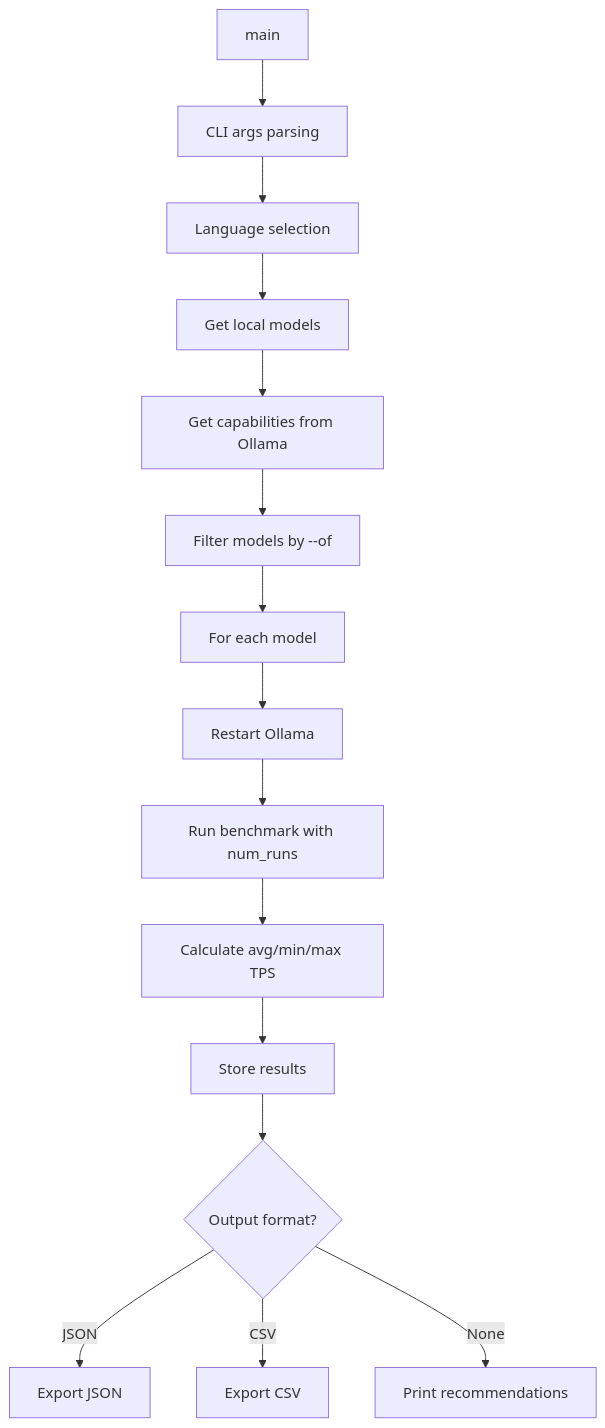
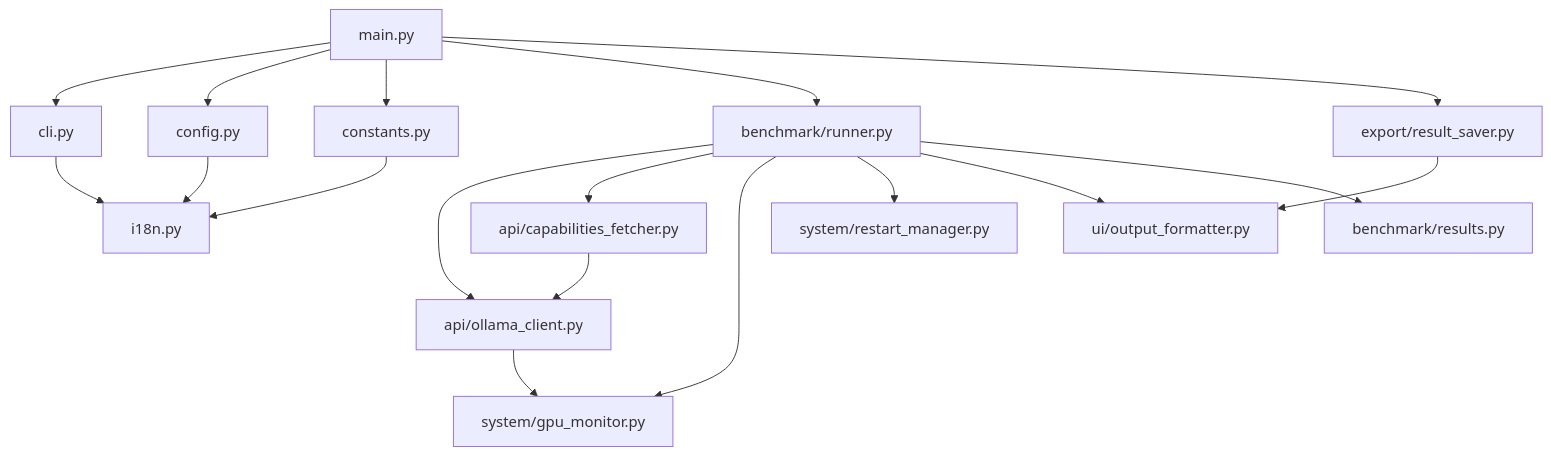
Before and after one commit to nudykw/roo_bench: the first of 2 diagrams in ReadMe.md, drawn with Mermaid. The commit also changed other lines of this file and 2 other files, not shown here.

Commit message:
Update README, main.py and roo_bench.py with latest changes

````diff
--- a/ReadMe.md
+++ b/ReadMe.md
@@ -198,17 +246,23 @@
 ```mermaid
 graph TD
-    A[main] --> B[CLI args parsing]
-    B --> C[Language selection]
-    C --> D[Get local models]
-    D --> E[Get capabilities from Ollama]
-    E --> F[Filter models by --of]
-    F --> G[For each model]
-    G --> H[Restart Ollama]
-    H --> I[Run benchmark with num_runs]
-    I --> J[Calculate avg/min/max TPS]
-    J --> K[Store results]
-    K --> L{Output format?}
-    L -->|JSON| M[Export JSON]
-    L -->|CSV| N[Export CSV]
-    L -->|None| O[Print recommendations]
+    main[main.py] --> cli[cli.py]
+    main --> config[config.py]
+    main --> constants[constants.py]
+    main --> runner[benchmark/runner.py]
+    main --> saver[export/result_saver.py]
+    
+    runner --> ollama_client[api/ollama_client.py]
+    runner --> cap_fetcher[api/capabilities_fetcher.py]
+    runner --> gpu_monitor[system/gpu_monitor.py]
+    runner --> restart_manager[system/restart_manager.py]
+    runner --> output_formatter[ui/output_formatter.py]
+    runner --> results[benchmark/results.py]
+    
+    ollama_client --> gpu_monitor
+    cap_fetcher --> ollama_client
+    saver --> output_formatter
+    
+    cli --> i18n[i18n.py]
+    config --> i18n
+    constants --> i18n
 ```
````
